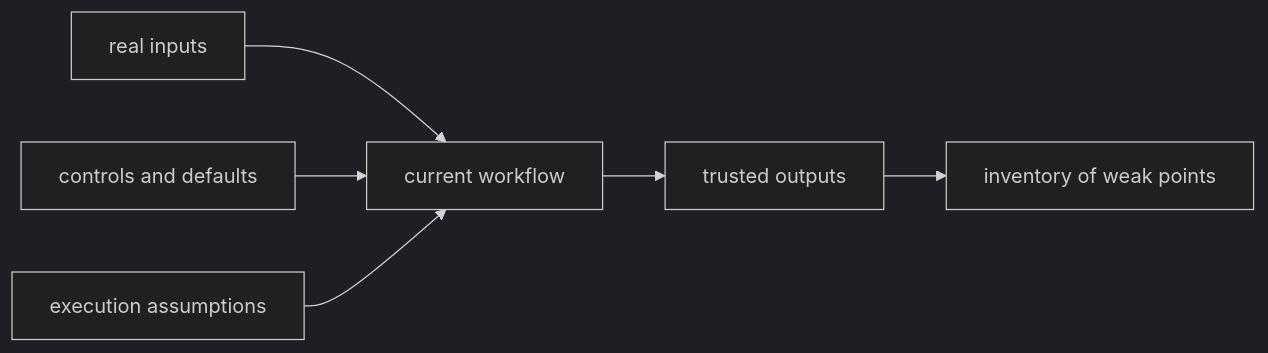
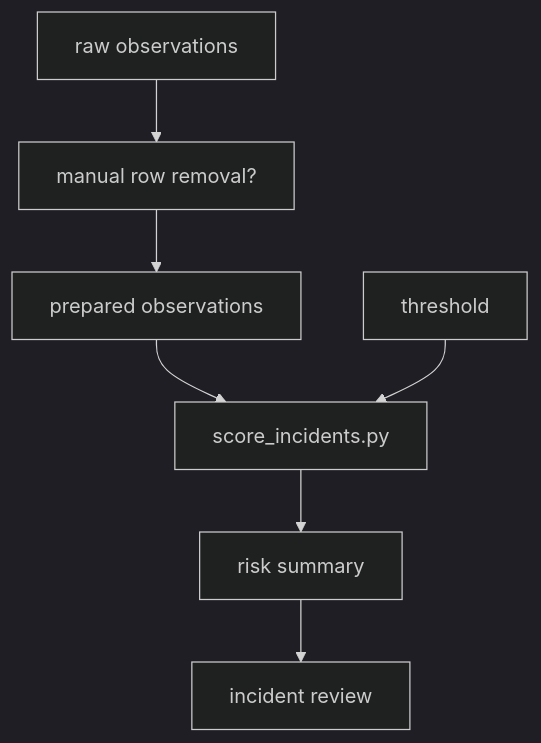
One commit to bijux/bijux-masterclass changed the third of 3 diagrams in programs/reproducible-research/deep-dive-dvc/course-book/module-01-reproducibility-failures-real-teams/the-first-honest-workflow-inventory.md. Above: the diagram before and after it, drawn with Mermaid (dark theme). The commit also changed other lines of this file, not shown here.

Commit message:
docs(dvc): inventory workflow trust evidence

````diff
--- a/programs/reproducible-research/deep-dive-dvc/course-book/module-01-reproducibility-failures-real-teams/the-first-honest-workflow-inventory.md
+++ b/programs/reproducible-research/deep-dive-dvc/course-book/module-01-reproducibility-failures-real-teams/the-first-honest-workflow-inventory.md
@@ -147,8 +162,9 @@
 ```mermaid
-flowchart LR
-  inputs["real inputs"] --> run["current workflow"]
-  controls["controls and defaults"] --> run
-  assumptions["execution assumptions"] --> run
-  run --> outputs["trusted outputs"]
-  outputs --> review["inventory of weak points"]
+flowchart TB
+  raw["raw observations"] --> manual["manual row removal?"]
+  manual --> prepared["prepared observations"]
+  prepared --> score["score_incidents.py"]
+  params["threshold"] --> score
+  score --> summary["risk summary"]
+  summary --> decision["incident review"]
 ```
````
